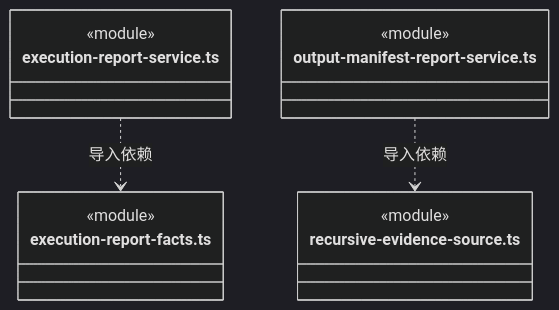
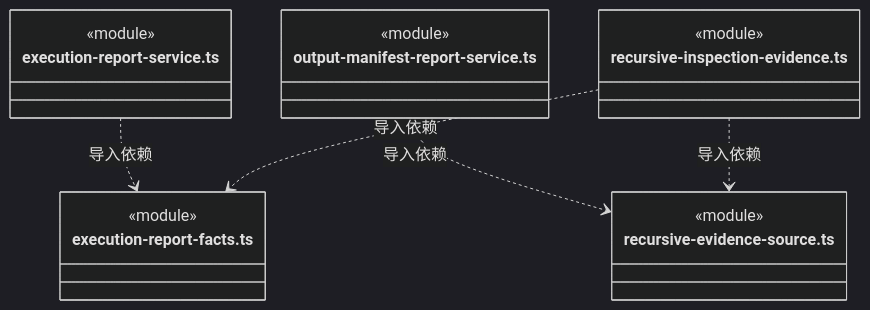
Before and after one commit to nan023062/cbim: diagram 22 of 23 in src/logic/evidence/runtime/ARCHITECTURE.md, drawn with Mermaid (dark theme). The commit also changed other lines of this file and 58 other files, not shown here.

````diff
--- a/src/logic/evidence/runtime/ARCHITECTURE.md
+++ b/src/logic/evidence/runtime/ARCHITECTURE.md
@@ -459,17 +485,22 @@
 ```mermaid
 classDiagram
 class N_src_logic_evidence_runtime_execution_report_service_ts["execution-report-service.ts"] {
   <<module>>
 }
 class N_src_logic_evidence_runtime_execution_report_facts_ts["execution-report-facts.ts"] {
   <<module>>
 }
 class N_src_logic_evidence_runtime_output_manifest_report_service_ts["output-manifest-report-service.ts"] {
   <<module>>
 }
 class N_src_logic_evidence_runtime_recursive_evidence_source_ts["recursive-evidence-source.ts"] {
   <<module>>
 }
+class N_src_logic_evidence_runtime_recursive_inspection_evidence_ts["recursive-inspection-evidence.ts"] {
+  <<module>>
+}
 N_src_logic_evidence_runtime_execution_report_service_ts ..> N_src_logic_evidence_runtime_execution_report_facts_ts : 导入依赖
 N_src_logic_evidence_runtime_output_manifest_report_service_ts ..> N_src_logic_evidence_runtime_recursive_evidence_source_ts : 导入依赖
+N_src_logic_evidence_runtime_recursive_inspection_evidence_ts ..> N_src_logic_evidence_runtime_recursive_evidence_source_ts : 导入依赖
+N_src_logic_evidence_runtime_recursive_inspection_evidence_ts ..> N_src_logic_evidence_runtime_execution_report_facts_ts : 导入依赖
 ```
````
